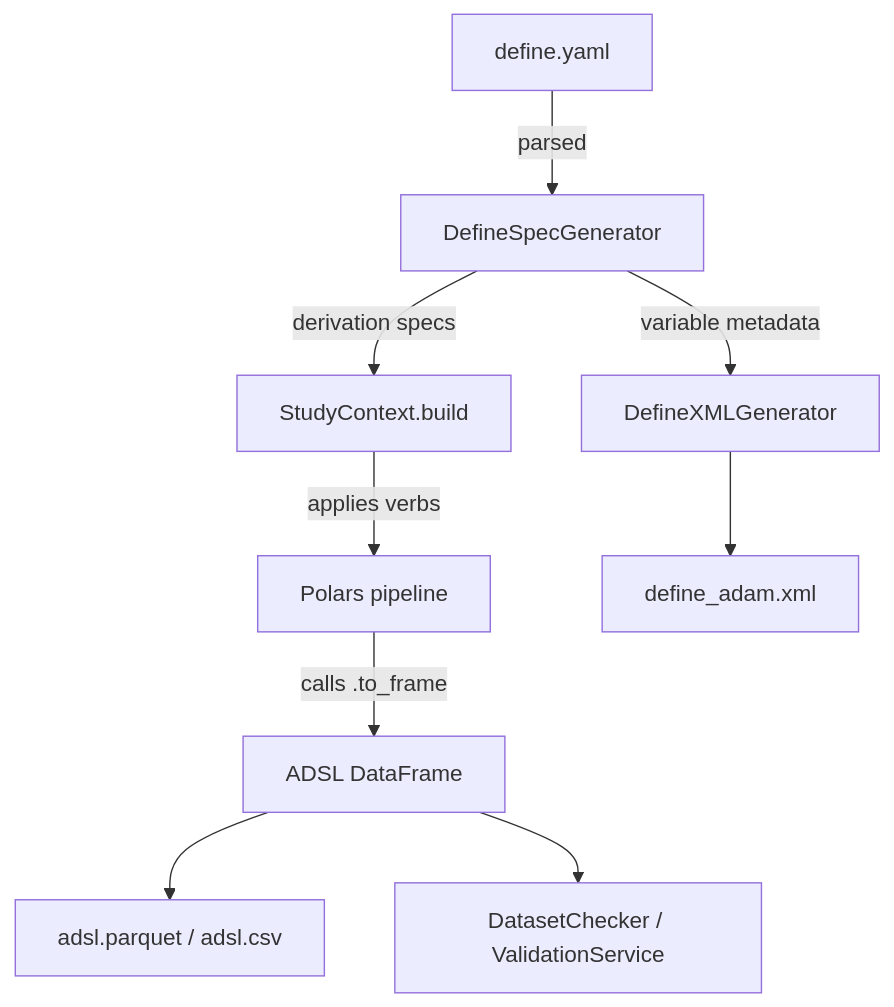
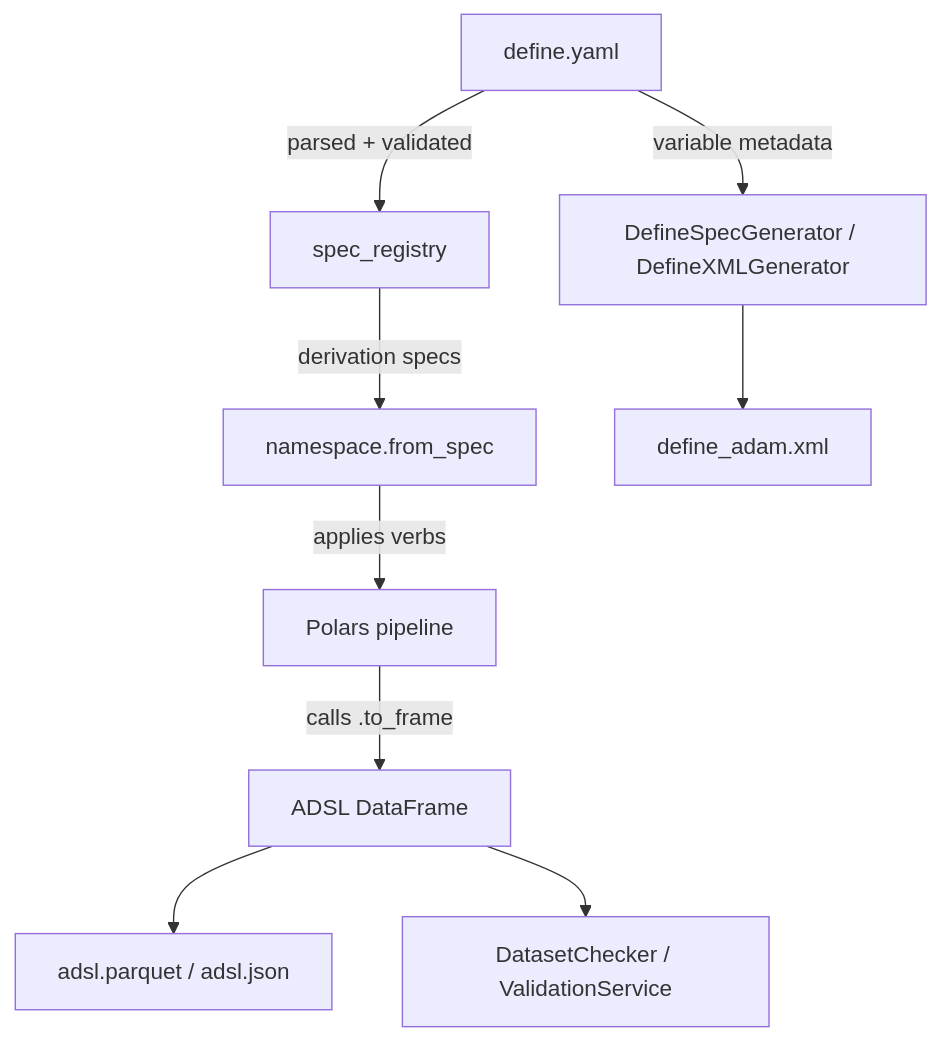
One commit to RealSlimMahdi/fleet-cdisc changed the diagram in docs/concepts/define-yaml.md. Above: the diagram before and after it, drawn with Mermaid. The commit also changed other lines of this file and 167 other files, not shown here.

````diff
--- a/docs/concepts/define-yaml.md
+++ b/docs/concepts/define-yaml.md
@@ -147,11 +226,11 @@
 ```mermaid
 graph TD
-    A[define.yaml] -->|parsed| B[DefineSpecGenerator]
-    B -->|variable metadata| C[DefineXMLGenerator]
-    B -->|derivation specs| D[StudyContext.build]
+    A[define.yaml] -->|parsed + validated| B[spec_registry]
+    B -->|derivation specs| D[namespace.from_spec]
     D -->|applies verbs| E[Polars pipeline]
     E -->|calls .to_frame| F[ADSL DataFrame]
+    A -->|variable metadata| C[DefineSpecGenerator / DefineXMLGenerator]
     C --> G[define_adam.xml]
-    F --> H[adsl.parquet / adsl.csv]
+    F --> H[adsl.parquet / adsl.json]
     F --> I[DatasetChecker / ValidationService]
 ```
````
